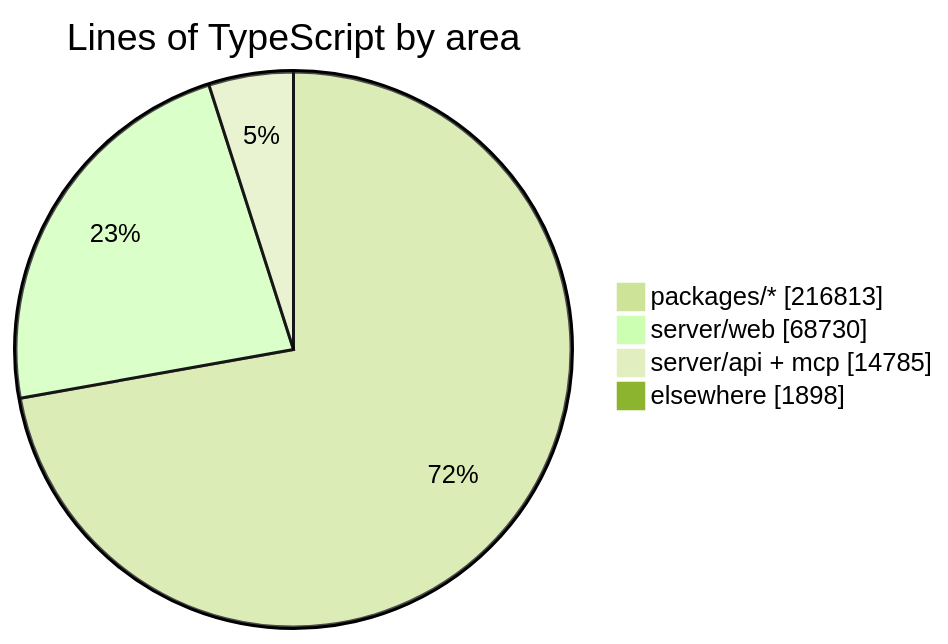
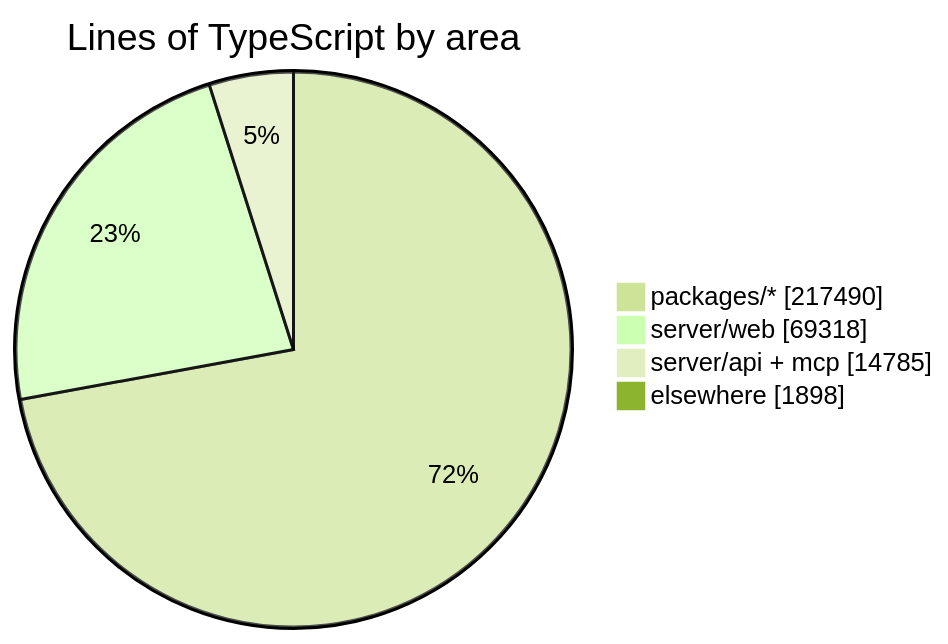
One commit to crossworks-engineering/mantle changed the diagram in README.md. Above: the diagram before and after it, drawn with Mermaid (forest theme). The commit also changed other lines of this file and 2 other files, not shown here.

````diff
--- a/README.md
+++ b/README.md
@@ -287,7 +287,7 @@
 ```mermaid
 pie showData title Lines of TypeScript by area
-    "packages/*" : 216813
-    "server/web" : 68730
+    "packages/*" : 217490
+    "server/web" : 69318
     "server/api + mcp" : 14785
     "elsewhere" : 1898
 ```
````
